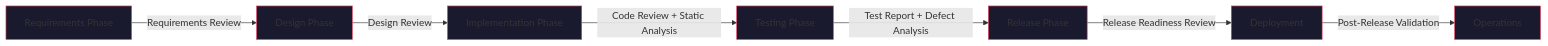
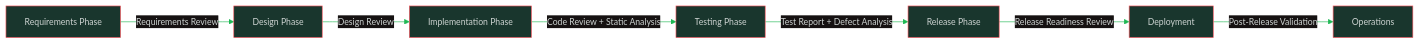
The second of 7 diagrams in software-engineering-note/09_Software_Engineering_Management/10_Quality_Planning_and_Process_Monitoring.md (oat431/swe-knowledge), drawn with Mermaid before and after one commit. The commit also changed other lines of this file and 11 other files, not shown here.

````diff
--- a/software-engineering-note/09_Software_Engineering_Management/10_Quality_Planning_and_Process_Monitoring.md
+++ b/software-engineering-note/09_Software_Engineering_Management/10_Quality_Planning_and_Process_Monitoring.md
@@ -83,17 +85,18 @@
 ```mermaid
+%%{init: {'theme':'base','themeVariables':{'primaryColor':'#19362D','primaryTextColor':'#CDD3D1','primaryBorderColor':'#1FB854','lineColor':'#1FB854','secondaryColor':'#161212','tertiaryColor':'#1B1717','background':'#1B1717','mainBkg':'#19362D','nodeBorder':'#1FB854','clusterBkg':'#161212','clusterBorder':'#19362D','titleColor':'#1FB854','edgeLabelBackground':'#161212','fontSize':'14px'}}}%%
 flowchart LR
     A[Requirements Phase] -->|Requirements Review| B[Design Phase]
     B -->|Design Review| C[Implementation Phase]
     C -->|Code Review + Static Analysis| D[Testing Phase]
     D -->|Test Report + Defect Analysis| E[Release Phase]
     E -->|Release Readiness Review| F[Deployment]
     F -->|Post-Release Validation| G[Operations]
     
-    style A fill:#1a1a2e,stroke:#e94560
-    style B fill:#1a1a2e,stroke:#e94560
-    style C fill:#1a1a2e,stroke:#e94560
-    style D fill:#1a1a2e,stroke:#e94560
-    style E fill:#1a1a2e,stroke:#e94560
-    style F fill:#1a1a2e,stroke:#e94560
-    style G fill:#1a1a2e,stroke:#e94560
+    style A fill:#19362D,stroke:#FF5861,color:#CDD3D1
+    style B fill:#19362D,stroke:#FF5861,color:#CDD3D1
+    style C fill:#19362D,stroke:#FF5861,color:#CDD3D1
+    style D fill:#19362D,stroke:#FF5861,color:#CDD3D1
+    style E fill:#19362D,stroke:#FF5861,color:#CDD3D1
+    style F fill:#19362D,stroke:#FF5861,color:#CDD3D1
+    style G fill:#19362D,stroke:#FF5861,color:#CDD3D1
 ```
````
